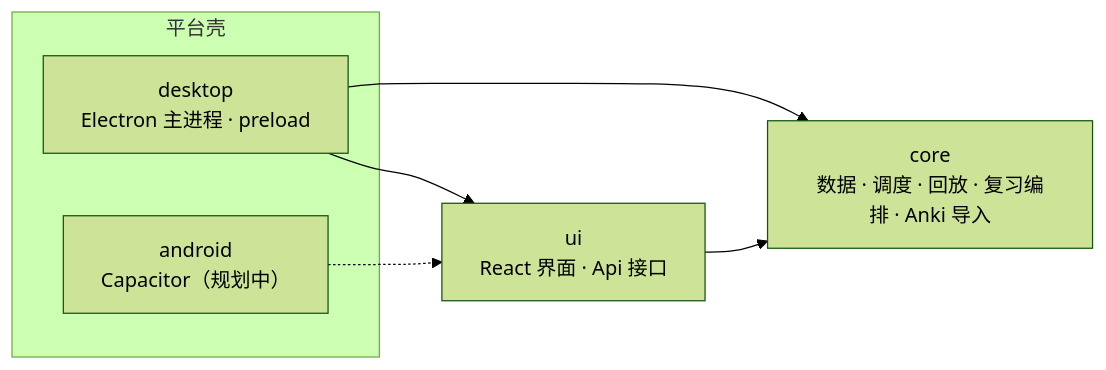
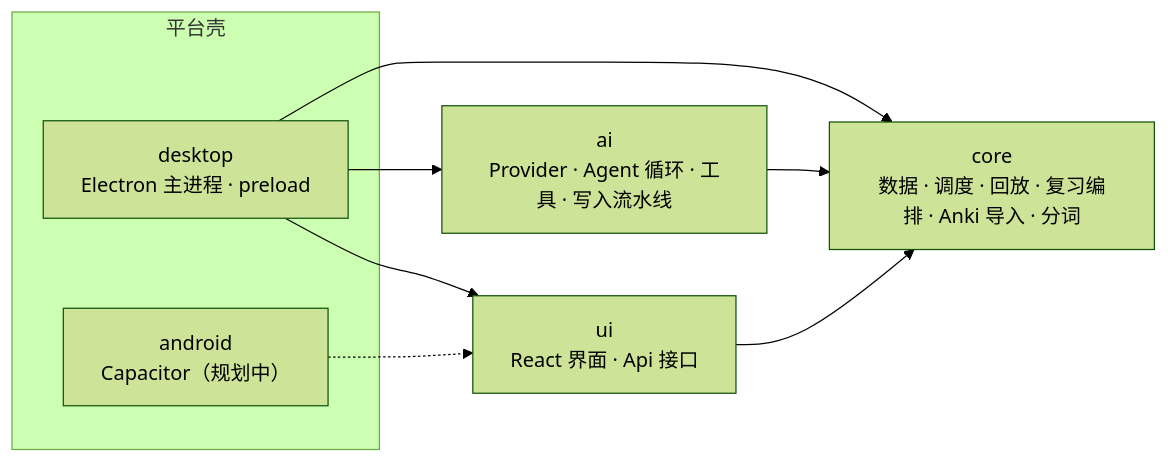
Before and after one commit to m1inato/Fragmemo: the diagram in README.md, drawn with Mermaid (forest theme). The commit also changed other lines of this file and 54 other files, not shown here.

````diff
--- a/README.md
+++ b/README.md
@@ -101,13 +144,16 @@
 ```mermaid
 flowchart LR
   subgraph apps["平台壳"]
     desktop["desktop<br/>Electron 主进程 · preload"]
     android["android<br/>Capacitor（规划中）"]
   end
   ui["ui<br/>React 界面 · Api 接口"]
-  core["core<br/>数据 · 调度 · 回放 · 复习编排 · Anki 导入"]
+  ai["ai<br/>Provider · Agent 循环 · 工具 · 写入流水线"]
+  core["core<br/>数据 · 调度 · 回放 · 复习编排 · Anki 导入 · 分词"]
   desktop --> ui
   android -.-> ui
   ui --> core
+  desktop --> ai
+  ai --> core
   desktop --> core
 ```
````
